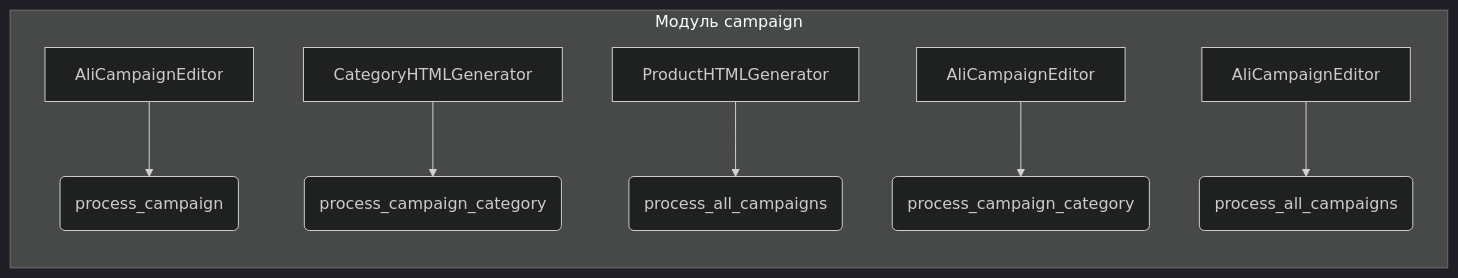
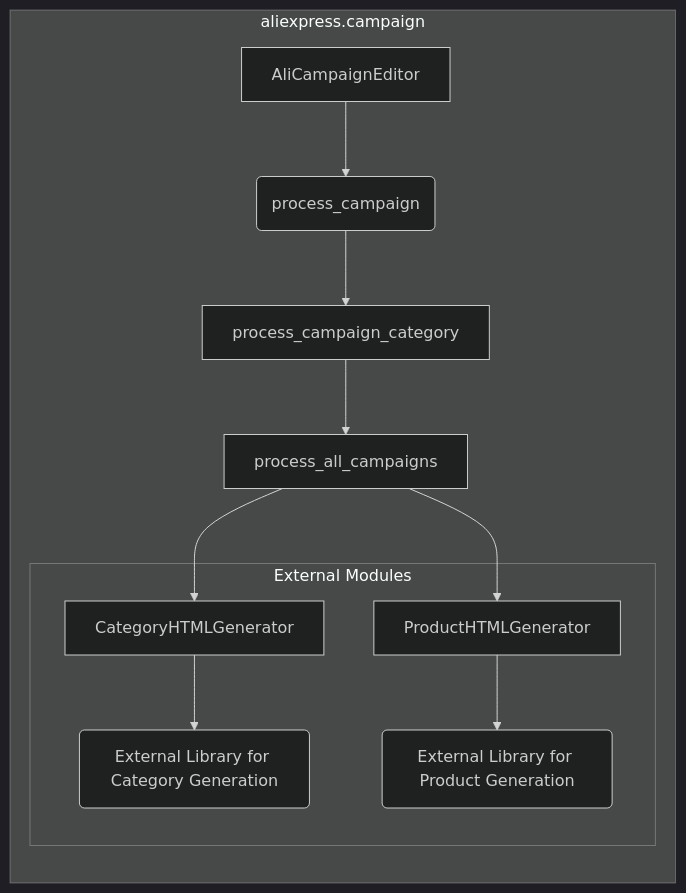
One commit to hypo69/hypo changed the diagram in docs/gemini/ru/explainer/src/suppliers/aliexpress/campaign/__init__.md. Above: the diagram before and after it, drawn with Mermaid (dark theme). The commit also changed other lines of this file and 468 other files, not shown here.

````diff
--- a/docs/gemini/ru/explainer/src/suppliers/aliexpress/campaign/__init__.md
+++ b/docs/gemini/ru/explainer/src/suppliers/aliexpress/campaign/__init__.md
@@ -32,10 +30,14 @@
 ```mermaid
 graph LR
-    subgraph Модуль campaign
+    subgraph "aliexpress.campaign"
         A[AliCampaignEditor] --> B(process_campaign);
-        C[CategoryHTMLGenerator] --> D(process_campaign_category);
-        E[ProductHTMLGenerator] --> F(process_all_campaigns);
-        G[AliCampaignEditor] --> H(process_campaign_category);
-        I[AliCampaignEditor] --> J(process_all_campaigns);
+        B --> C[process_campaign_category];
+        C --> D[process_all_campaigns];
+        D --> E[CategoryHTMLGenerator];
+        D --> F[ProductHTMLGenerator];
+        subgraph "External Modules"
+            E --> G(External Library for Category Generation);
+            F --> H(External Library for Product Generation);
+        end
     end
 ```
````
